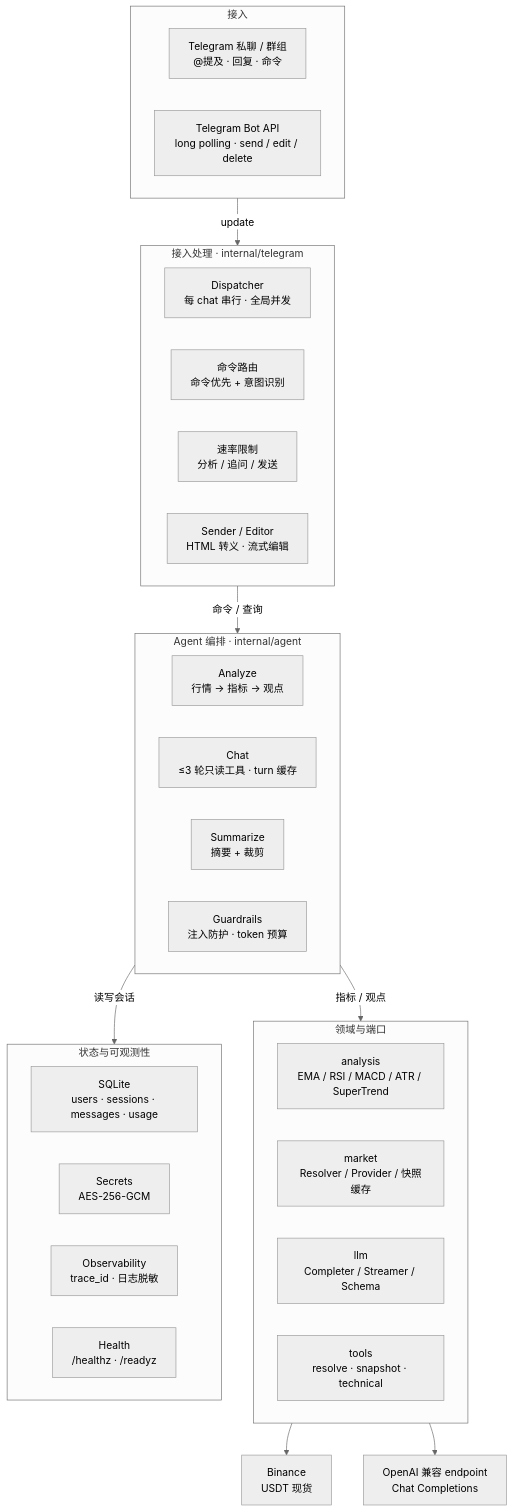
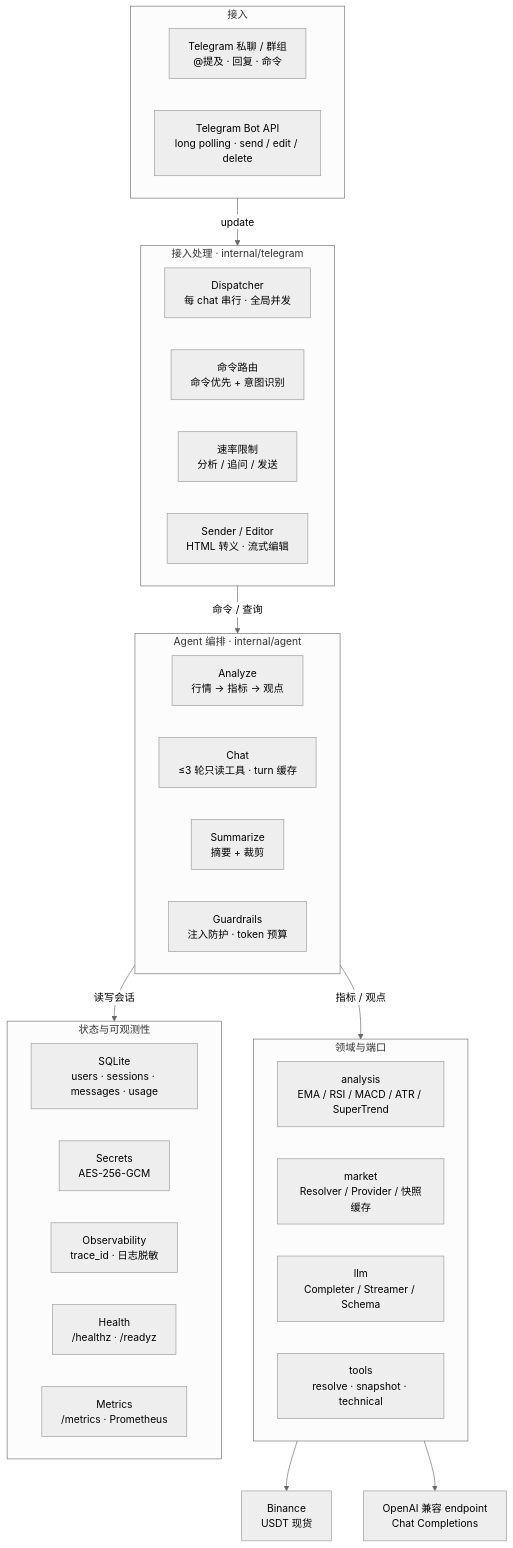
Before and after one commit to guanlanai/guanlanai: the first of 4 diagrams in docs/ARCHITECTURE.md, drawn with Mermaid (neutral theme). The commit also changed other lines of this file and 30 other files, not shown here.

````diff
--- a/docs/ARCHITECTURE.md
+++ b/docs/ARCHITECTURE.md
@@ -7,47 +7,48 @@
 ```mermaid
 flowchart TB
     subgraph CLIENT["接入"]
         direction LR
         U["Telegram 私聊 / 群组<br/>@提及 · 回复 · 命令"]
         TG["Telegram Bot API<br/>long polling · send / edit / delete"]
     end
 
     subgraph EDGE["接入处理 · internal/telegram"]
         direction LR
         D["Dispatcher<br/>每 chat 串行 · 全局并发"]
         R["命令路由<br/>命令优先 + 意图识别"]
         L["速率限制<br/>分析 / 追问 / 发送"]
         S["Sender / Editor<br/>HTML 转义 · 流式编辑"]
     end
 
     subgraph AGENT["Agent 编排 · internal/agent"]
         direction LR
         A["Analyze<br/>行情 → 指标 → 观点"]
         C["Chat<br/>≤3 轮只读工具 · turn 缓存"]
         SM["Summarize<br/>摘要 + 裁剪"]
         G["Guardrails<br/>注入防护 · token 预算"]
     end
 
     subgraph DOMAIN["领域与端口"]
         direction LR
         AN["analysis<br/>EMA / RSI / MACD / ATR / SuperTrend"]
         MK["market<br/>Resolver / Provider / 快照缓存"]
         LL["llm<br/>Completer / Streamer / Schema"]
         TL["tools<br/>resolve · snapshot · technical"]
     end
 
     subgraph STATE["状态与可观测性"]
         direction LR
         DB["SQLite<br/>users · sessions · messages · usage"]
         SEC["Secrets<br/>AES-256-GCM"]
         OBS["Observability<br/>trace_id · 日志脱敏"]
         H["Health<br/>/healthz · /readyz"]
+        M["Metrics<br/>/metrics · Prometheus"]
     end
 
     CLIENT -->|update| EDGE
     EDGE -->|命令 / 查询| AGENT
     AGENT -->|指标 / 观点| DOMAIN
     AGENT -->|读写会话| STATE
     DOMAIN --> BIN["Binance<br/>USDT 现货"]
     DOMAIN --> OAI["OpenAI 兼容 endpoint<br/>Chat Completions"]
 ```
````
